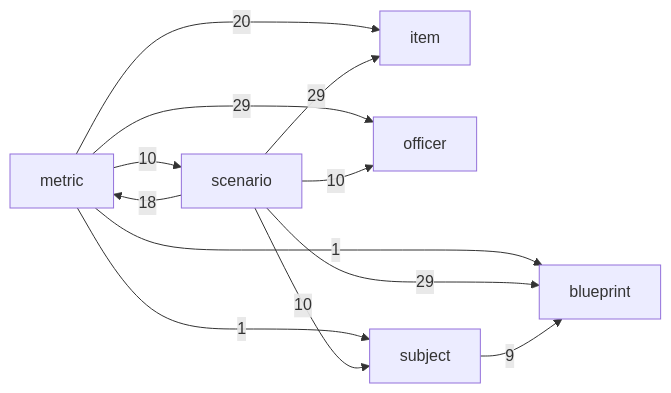
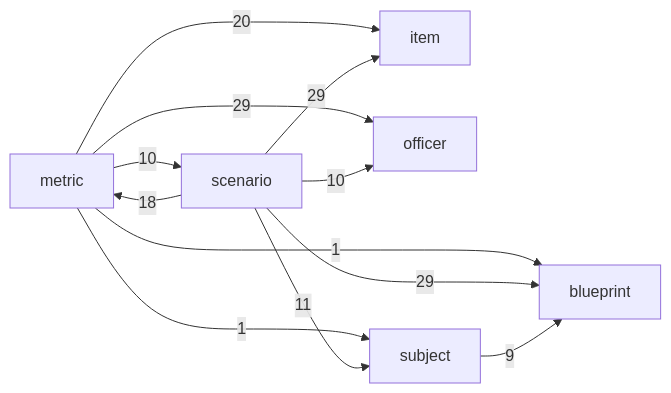
The diagram in docs/architecture.md (geraldmaron/tactically-idle), drawn with Mermaid before and after one commit. The commit also changed other lines of this file and 11 other files, not shown here.

````diff
--- a/docs/architecture.md
+++ b/docs/architecture.md
@@ -40,14 +40,14 @@
 ```mermaid
 flowchart LR
   metric -->|1| blueprint
   metric -->|20| item
   metric -->|29| officer
   metric -->|10| scenario
   metric -->|1| subject
   scenario -->|29| blueprint
   scenario -->|29| item
   scenario -->|18| metric
   scenario -->|10| officer
-  scenario -->|10| subject
+  scenario -->|11| subject
   subject -->|9| blueprint
 ```
````
